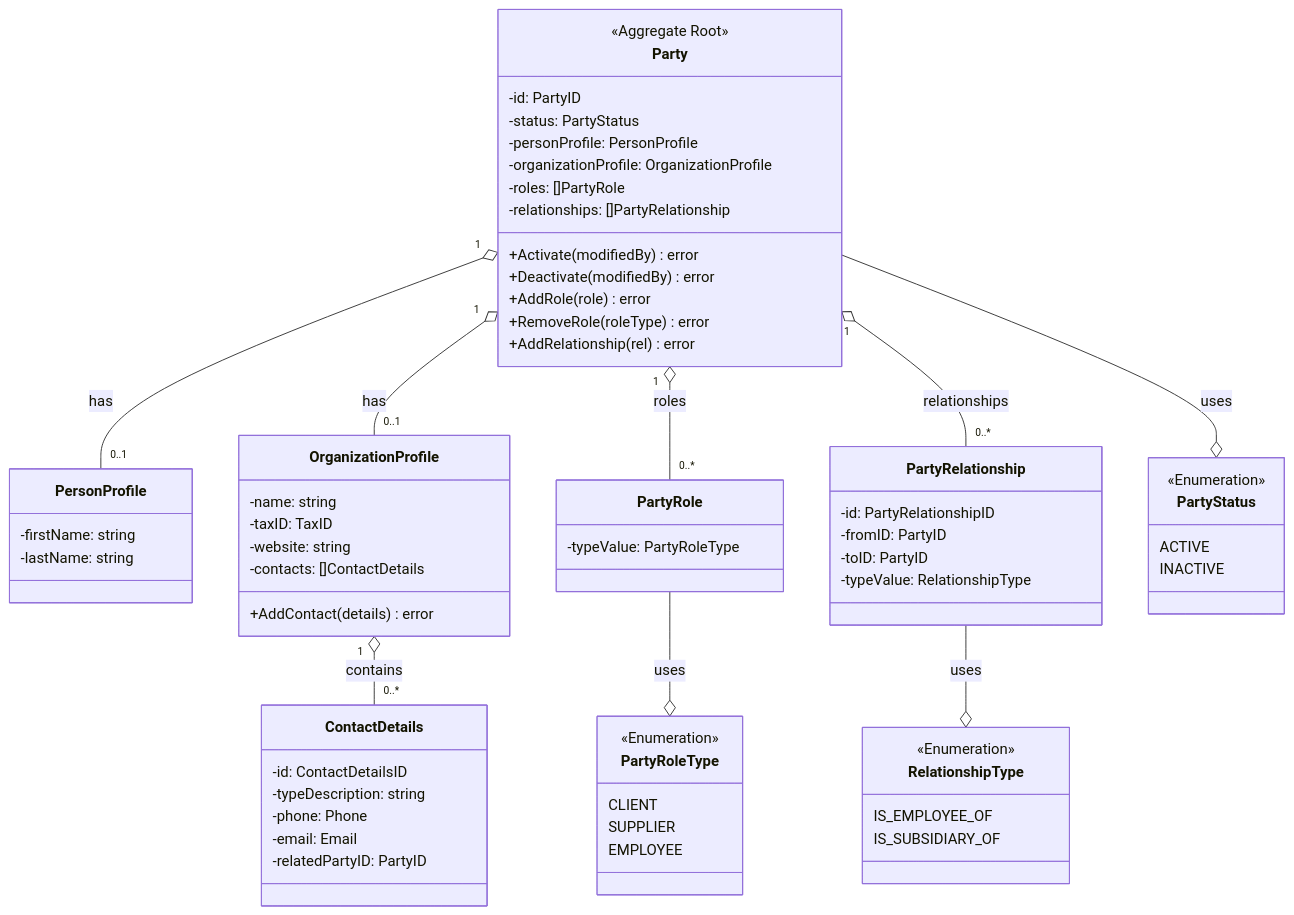
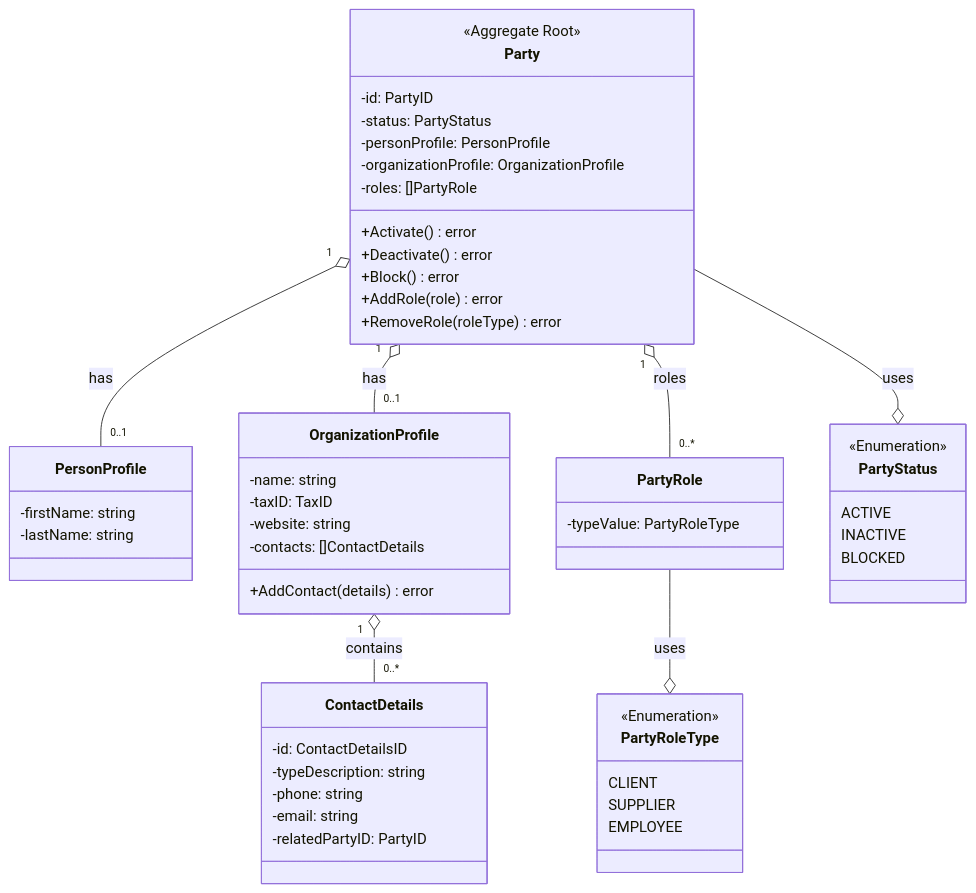
Before and after one commit to jorgecvzc/TramaTex: the diagram in docs/modules/party/diagrams/domain-model.md, drawn with Mermaid. The commit also changed other lines of this file and 145 other files, not shown here.

````diff
--- a/docs/modules/party/diagrams/domain-model.md
+++ b/docs/modules/party/diagrams/domain-model.md
@@ -13,80 +13,65 @@
 ```mermaid
 classDiagram
     direction TB
 
     class Party {
         <<Aggregate Root>>
         -id: PartyID
         -status: PartyStatus
         -personProfile: PersonProfile
         -organizationProfile: OrganizationProfile
         -roles: []PartyRole
-        -relationships: []PartyRelationship
-        +Activate(modifiedBy) error
-        +Deactivate(modifiedBy) error
+        +Activate() error
+        +Deactivate() error
+        +Block() error
         +AddRole(role) error
         +RemoveRole(roleType) error
-        +AddRelationship(rel) error
     }
 
     class PersonProfile {
         -firstName: string
         -lastName: string
     }
 
     class OrganizationProfile {
         -name: string
         -taxID: TaxID
         -website: string
         -contacts: []ContactDetails
         +AddContact(details) error
     }
 
     class ContactDetails {
         -id: ContactDetailsID
         -typeDescription: string
-        -phone: Phone
-        -email: Email
+        -phone: string
+        -email: string
         -relatedPartyID: PartyID
     }
 
     class PartyRole {
         -typeValue: PartyRoleType
     }
 
-    class PartyRelationship {
-        -id: PartyRelationshipID
-        -fromID: PartyID
-        -toID: PartyID
-        -typeValue: RelationshipType
-    }
-
     class PartyStatus {
         <<Enumeration>>
         ACTIVE
         INACTIVE
+        BLOCKED
     }
 
     class PartyRoleType {
         <<Enumeration>>
         CLIENT
         SUPPLIER
         EMPLOYEE
     }
 
-    class RelationshipType {
-        <<Enumeration>>
-        IS_EMPLOYEE_OF
-        IS_SUBSIDIARY_OF
-    }
-
     Party "1" o-- "0..1" PersonProfile : has
     Party "1" o-- "0..1" OrganizationProfile : has
     OrganizationProfile "1" o-- "0..*" ContactDetails : contains
     Party "1" o-- "0..*" PartyRole : roles
-    Party "1" o-- "0..*" PartyRelationship : relationships
     Party --o PartyStatus : uses
     PartyRole --o PartyRoleType : uses
-    PartyRelationship --o RelationshipType : uses
 
 ```
````
